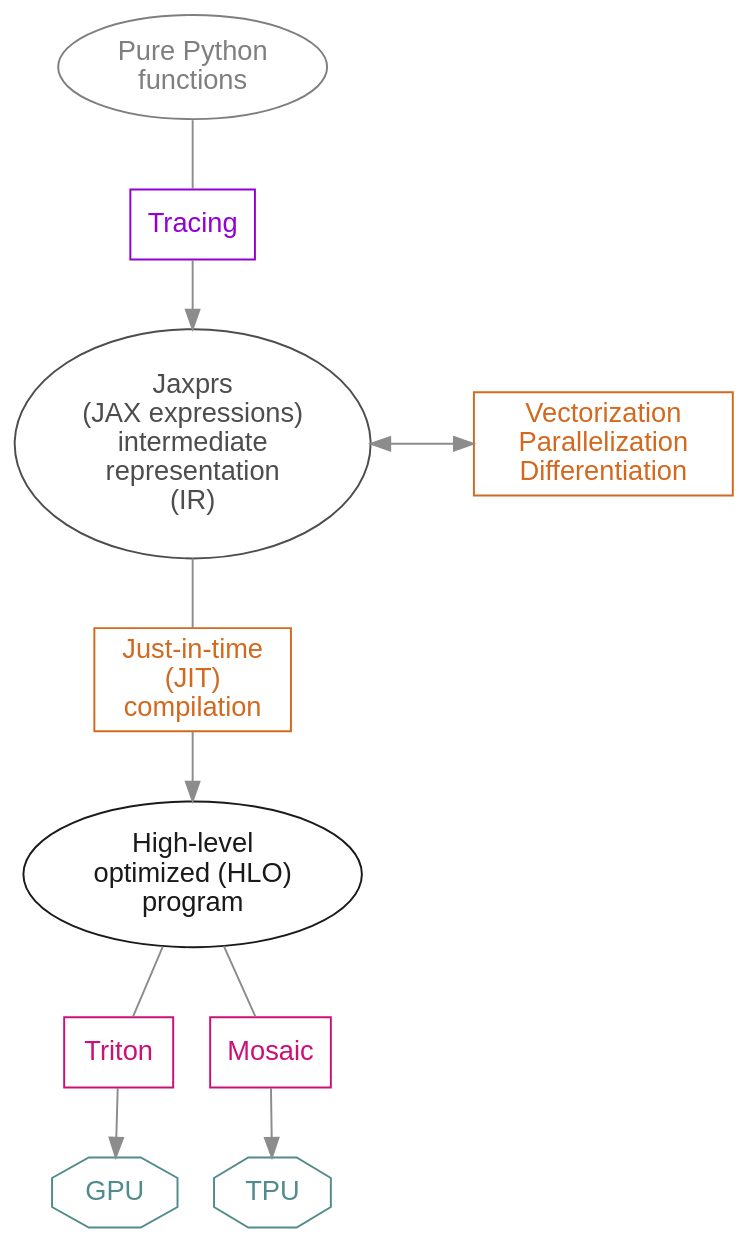
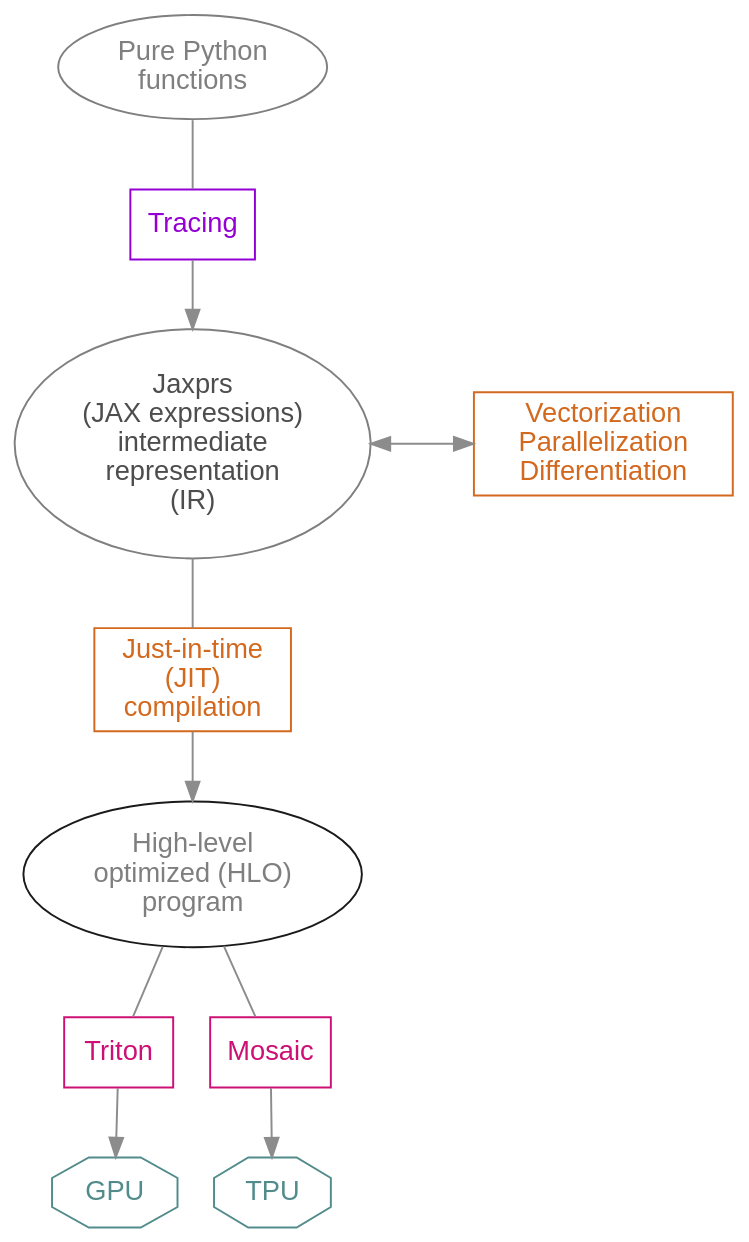
Before and after one commit to WestDRI/arc-training: the diagram in ai/jx/jx_optimizations.qmd, drawn with Graphviz.

Commit message:
fix diagram not visible enough

````diff
--- a/ai/jx/jx_optimizations.qmd
+++ b/ai/jx/jx_optimizations.qmd
@@ -22,39 +22,39 @@
 ```{dot}
 //| echo: false
 //| fig-height: 800px
 
 strict digraph {
 
 node [fontname="Inconsolata, sans-serif"]
 edge [color=gray55]
 bgcolor="transparent"
 
 tracer  [label=Tracing, shape=rectangle, color=darkviolet, fontcolor=darkviolet]
 jit [label=" Just-in-time \n(JIT)\ncompilation", shape=rectangle, color=chocolate, fontcolor=chocolate]
 triton [label="Triton", shape=rectangle, color=deeppink3, fontcolor=deeppink3]
 mosaic [label="Mosaic", shape=rectangle, color=deeppink3, fontcolor=deeppink3]
 transform [label="Vectorization\nParallelization\n   Differentiation  ", shape=rectangle, color=chocolate, fontcolor=chocolate]
 
 GPU [shape=octagon, color=darkslategray4, fontcolor=darkslategray4]
 TPU [shape=octagon, color=darkslategray4, fontcolor=darkslategray4]
 
 
 py [label="Pure Python\nfunctions", color=gray50, fontcolor=gray50]
-jaxpr [label="Jaxprs\n(JAX expressions)\nintermediate\nrepresentation\n(IR)", color=gray30, fontcolor=gray30]
-hlo [label="High-level\noptimized (HLO)\nprogram", color=gray10, fontcolor=gray10]
+jaxpr [label="Jaxprs\n(JAX expressions)\nintermediate\nrepresentation\n(IR)", color=gray50, fontcolor=gray30]
+hlo [label="High-level\noptimized (HLO)\nprogram", color=gray10, fontcolor=gray50]
 
 py -> tracer [dir=none]
 tracer -> jaxpr
 jaxpr -> jit [dir=none]
 jit -> hlo
 hlo -> triton [dir=none]
 hlo -> mosaic [dir=none]
 
 triton -> GPU [shape=doubleoctagon]
 mosaic -> TPU
 
 jaxpr -> transform [dir=both, minlen=3]
 {rank=same; jaxpr transform}
 
 }
 ```
````
